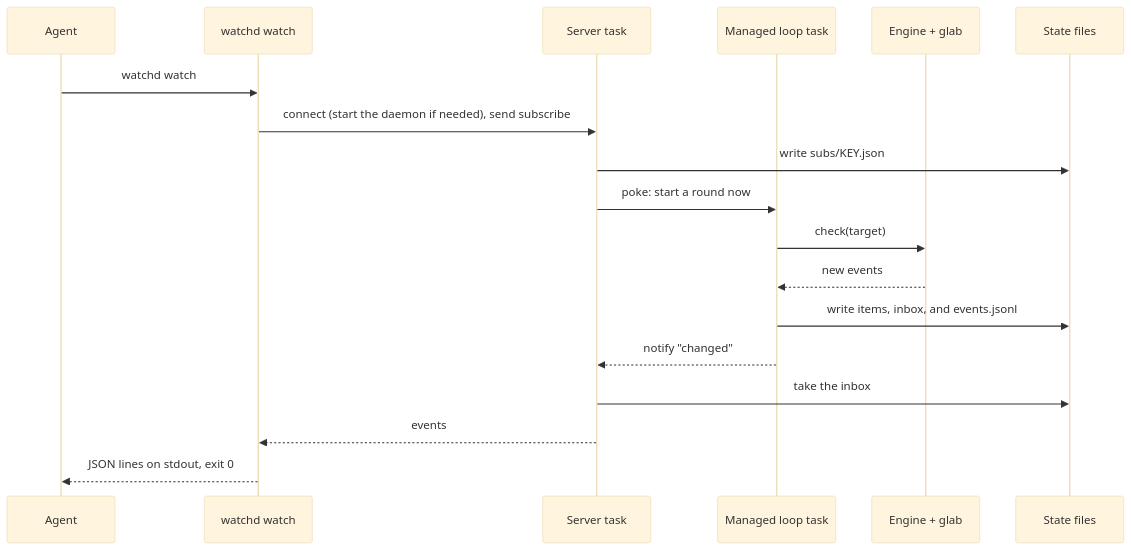
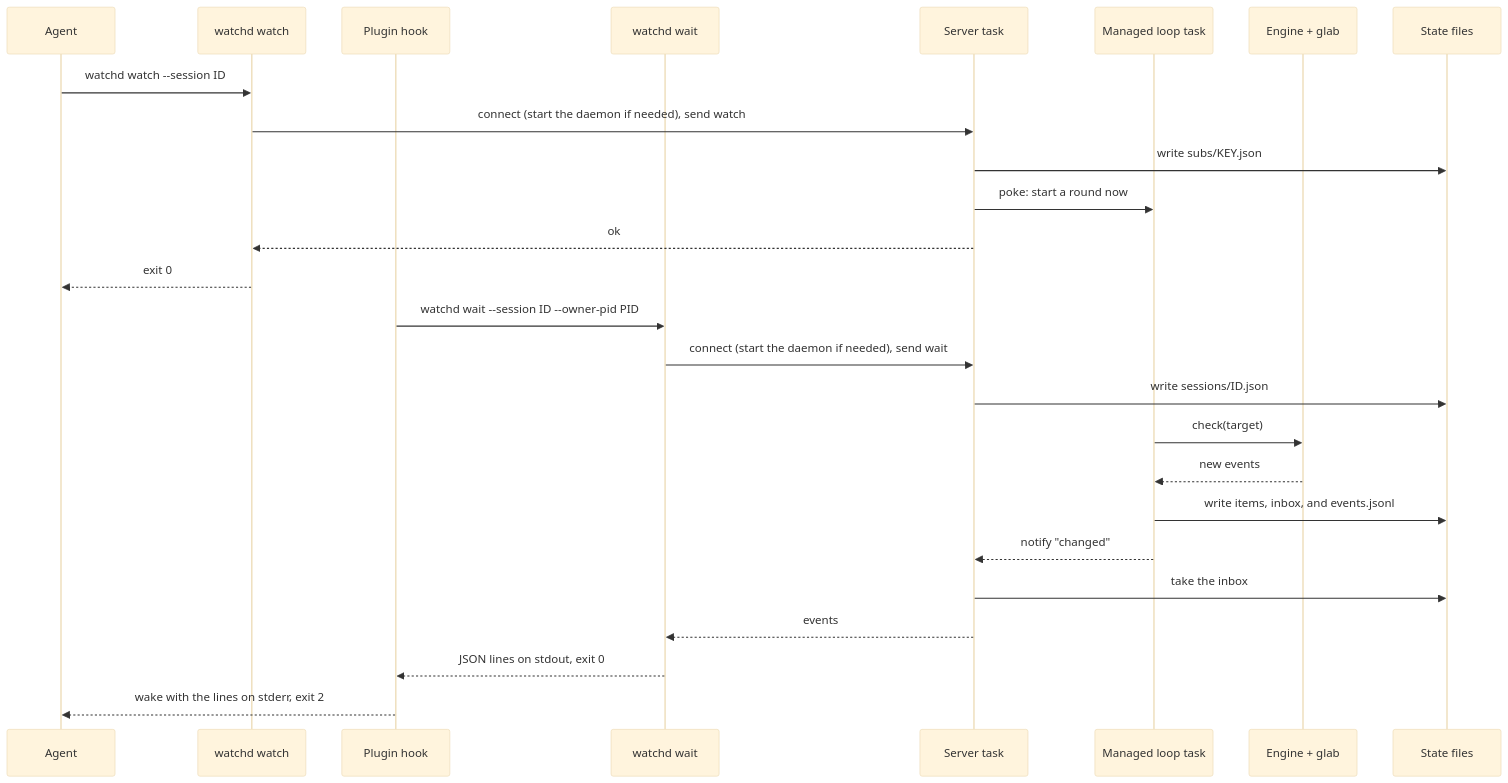
Before and after one commit to AlexKrupa/.dotfiles: the second of 3 diagrams in dot_config/agents/daemon/README.md, drawn with Mermaid (base theme). The commit also changed other lines of this file and 3 other files, not shown here.

Commit message:
Update .config/agents/README.md Update .config/agents/daemon/README.md Update .config/agents/references/watch/common.md Update .config/agents/references/watch/gitlab.md

````diff
--- a/dot_config/agents/daemon/README.md
+++ b/dot_config/agents/daemon/README.md
@@ -70,20 +76,28 @@
 ```mermaid
 sequenceDiagram
   participant A as Agent
   participant C as watchd watch
+  participant H as Plugin hook
+  participant W as watchd wait
   participant S as Server task
   participant R as Managed loop task
   participant E as Engine + glab
   participant F as State files
-  A->>C: watchd watch
-  C->>S: connect (start the daemon if needed), send subscribe
+  A->>C: watchd watch --session ID
+  C->>S: connect (start the daemon if needed), send watch
   S->>F: write subs/KEY.json
   S->>R: poke: start a round now
+  S-->>C: ok
+  C-->>A: exit 0
+  H->>W: watchd wait --session ID --owner-pid PID
+  W->>S: connect (start the daemon if needed), send wait
+  S->>F: write sessions/ID.json
   R->>E: check(target)
   E-->>R: new events
   R->>F: write items, inbox, and events.jsonl
   R-->>S: notify "changed"
   S->>F: take the inbox
-  S-->>C: events
-  C-->>A: JSON lines on stdout, exit 0
+  S-->>W: events
+  W-->>H: JSON lines on stdout, exit 0
+  H-->>A: wake with the lines on stderr, exit 2
 ```
````
